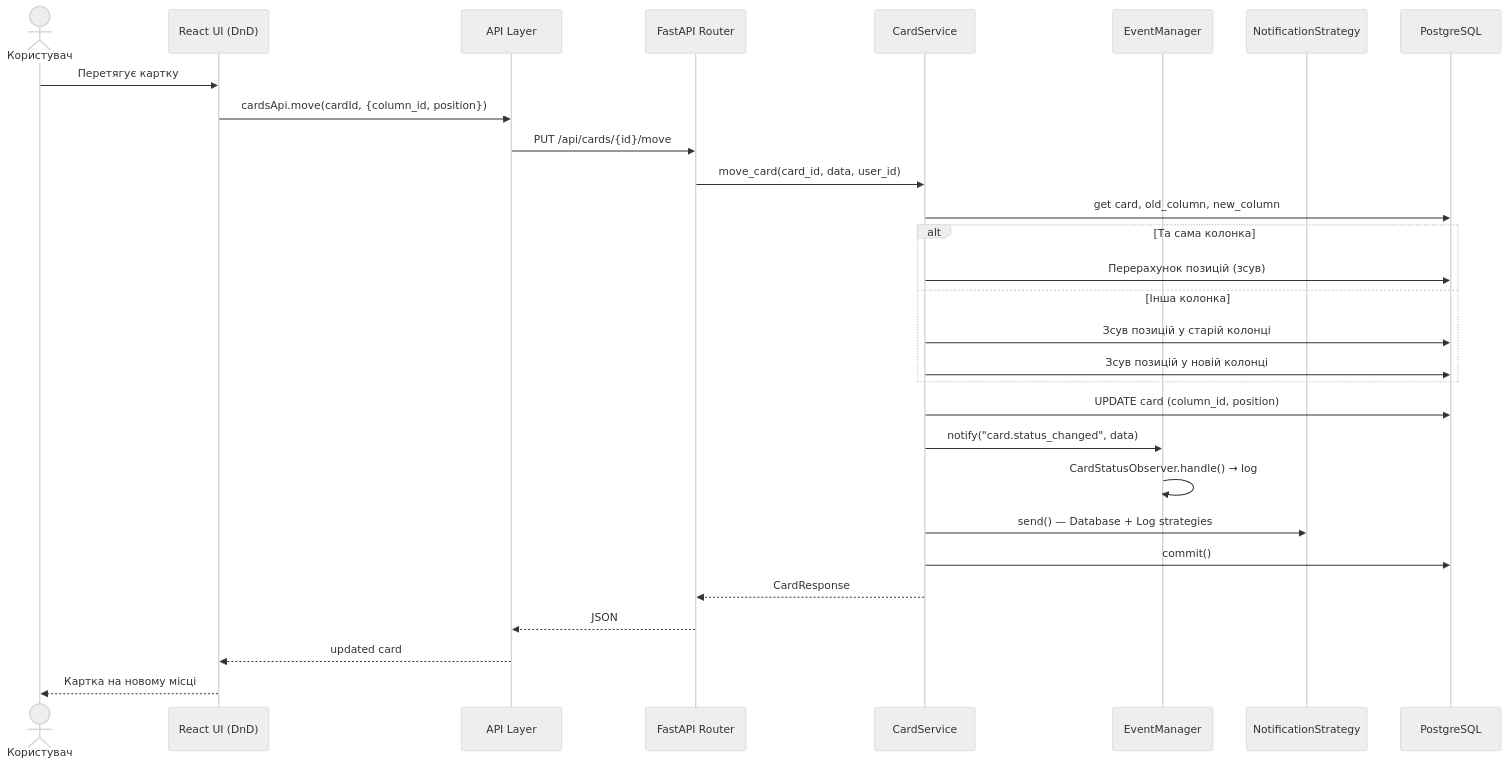
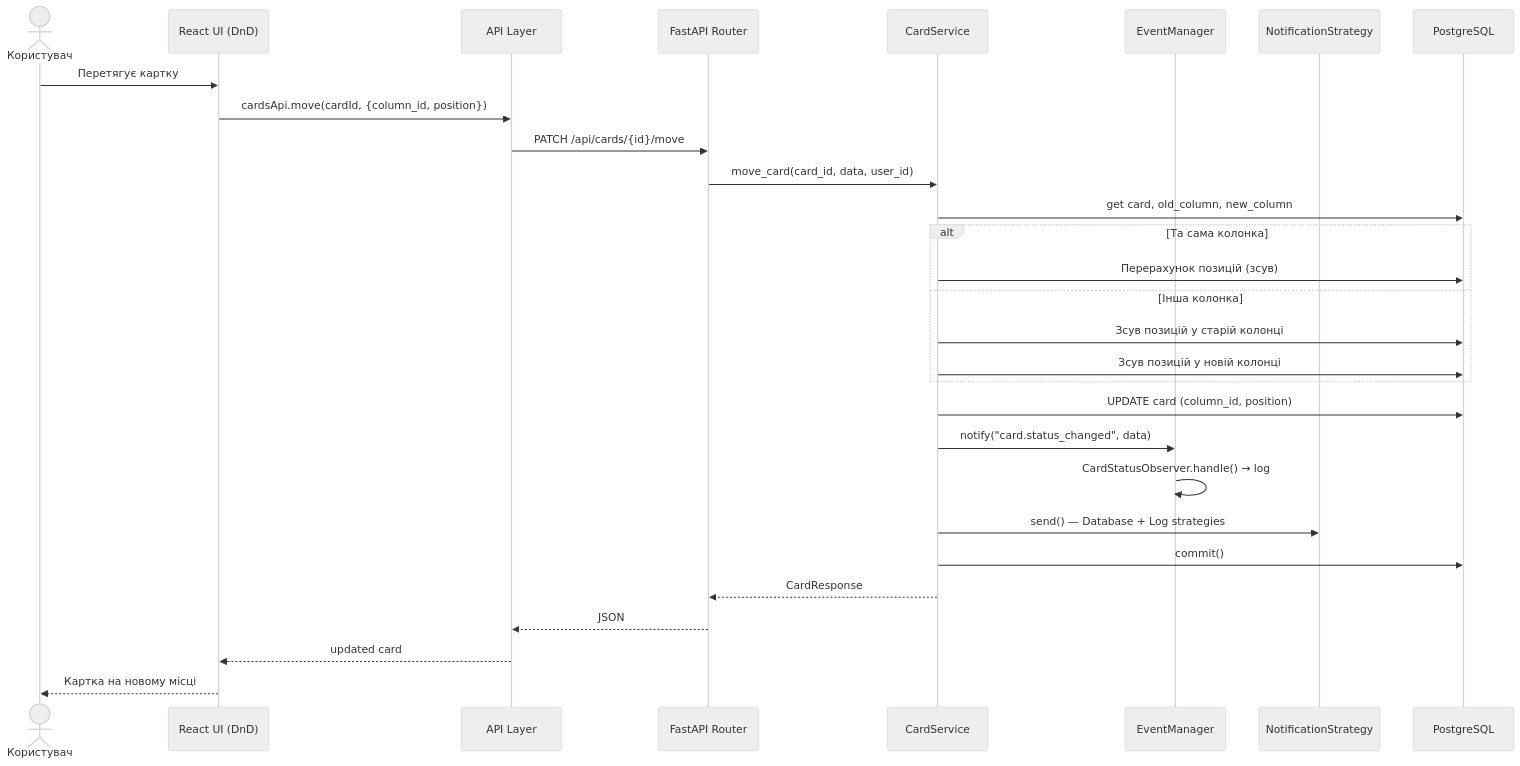
One commit to harlinskyi/base-trello changed the fifth of 8 diagrams in docs/DIAGRAMS.md. Above: the diagram before and after it, drawn with Mermaid (neutral theme). The commit also changed other lines of this file and 32 other files, not shown here.

````diff
--- a/docs/DIAGRAMS.md
+++ b/docs/DIAGRAMS.md
@@ -349,34 +350,34 @@
 ```mermaid
 sequenceDiagram
     actor User as Користувач
     participant UI as React UI (DnD)
     participant API as API Layer
     participant Router as FastAPI Router
     participant Service as CardService
     participant Observer as EventManager
     participant Strategy as NotificationStrategy
     participant DB as PostgreSQL
 
     User->>UI: Перетягує картку
     UI->>API: cardsApi.move(cardId, {column_id, position})
-    API->>Router: PUT /api/cards/{id}/move
+    API->>Router: PATCH /api/cards/{id}/move
     Router->>Service: move_card(card_id, data, user_id)
     Service->>DB: get card, old_column, new_column
 
     alt Та сама колонка
         Service->>DB: Перерахунок позицій (зсув)
     else Інша колонка
         Service->>DB: Зсув позицій у старій колонці
         Service->>DB: Зсув позицій у новій колонці
     end
 
     Service->>DB: UPDATE card (column_id, position)
     Service->>Observer: notify("card.status_changed", data)
     Observer->>Observer: CardStatusObserver.handle() → log
     Service->>Strategy: send() — Database + Log strategies
     Service->>DB: commit()
     Service-->>Router: CardResponse
     Router-->>API: JSON
     API-->>UI: updated card
     UI-->>User: Картка на новому місці
 ```
````
